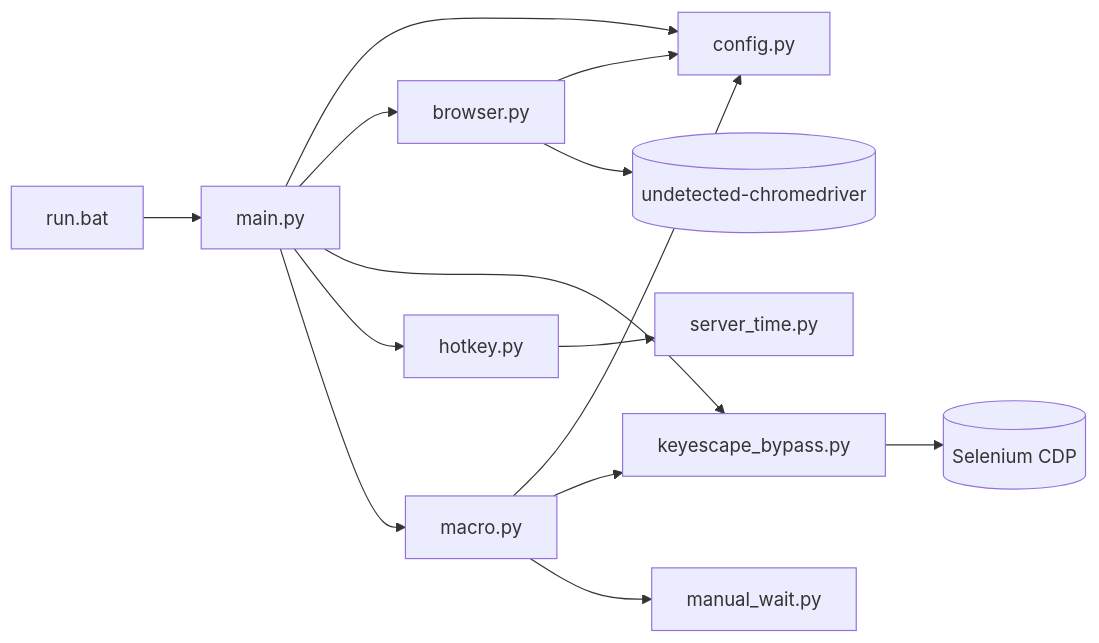
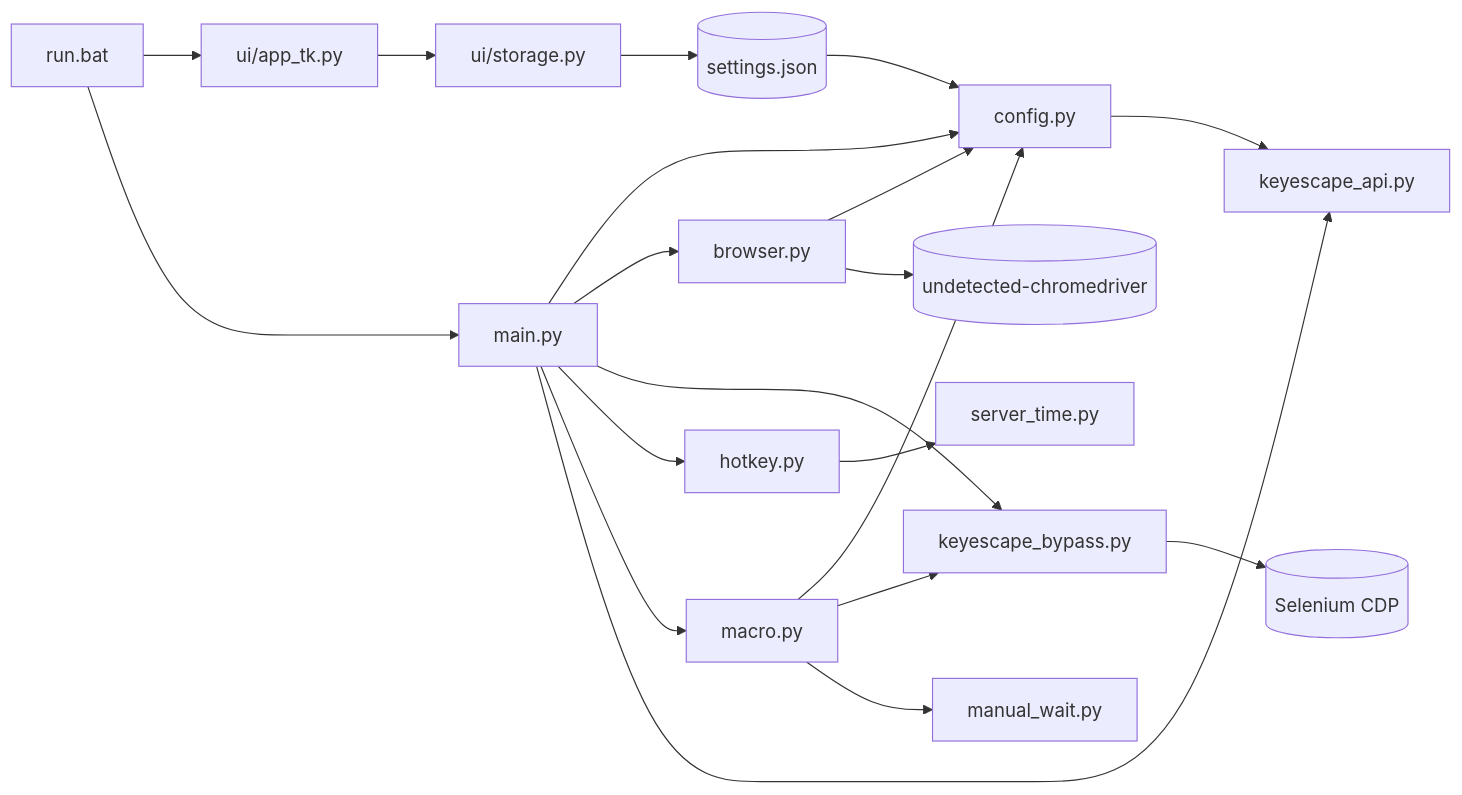
Before and after one commit to jseok0917/toy_macro: the second of 11 diagrams in ARCHITECTURE.md, drawn with Mermaid. The commit also changed other lines of this file and 15 other files, not shown here.

````diff
--- a/ARCHITECTURE.md
+++ b/ARCHITECTURE.md
@@ -114,16 +129,22 @@
 ```mermaid
 flowchart LR
-    runbat[run.bat] --> main[main.py]
-    main --> config[config.py]
+    runbat[run.bat] --> uitk[ui/app_tk.py]
+    uitk --> storage[ui/storage.py]
+    storage --> json[(settings.json)]
+    json --> config[config.py]
+    runbat --> main[main.py]
+    main --> config
     main --> browser[browser.py]
     main --> bypass[keyescape_bypass.py]
     main --> hotkey[hotkey.py]
     main --> macro[macro.py]
+    main --> api[keyescape_api.py]
     hotkey --> server[server_time.py]
     macro --> config
     macro --> bypass
     macro --> manual[manual_wait.py]
+    config --> api
     browser --> config
     bypass --> selenium[(Selenium CDP)]
     browser --> uc[(undetected-chromedriver)]
 ```
````
